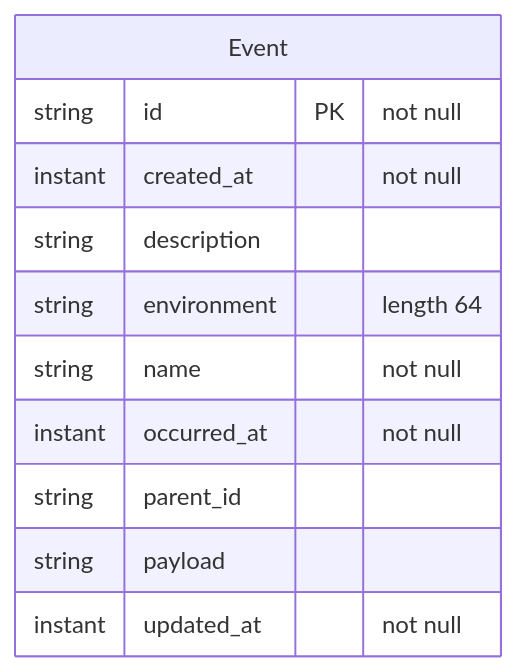
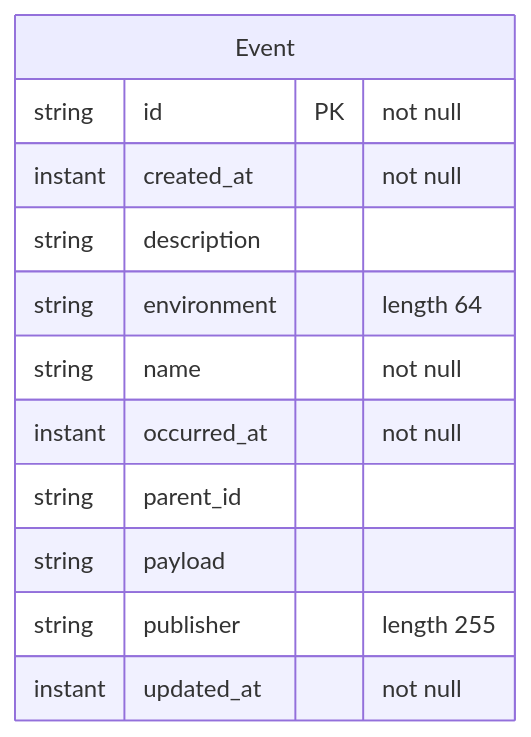
Before and after one commit to QuicklyIterateTheSoftware/qits-events-service: the diagram in docs/database/events.md, drawn with Mermaid. The commit also changed 37 other files, not shown here.

````diff
--- a/docs/database/events.md
+++ b/docs/database/events.md
@@ -6,15 +6,16 @@
 ```mermaid
 erDiagram
   %% Event: eu.wohlben.qits.events.entity.Event (events)
   Event {
     string id PK "not null"
     instant created_at "not null"
     string description
     string environment "length 64"
     string name "not null"
     instant occurred_at "not null"
     string parent_id
     string payload
+    string publisher "length 255"
     instant updated_at "not null"
   }
 ```
````
